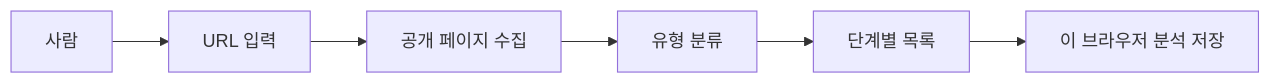
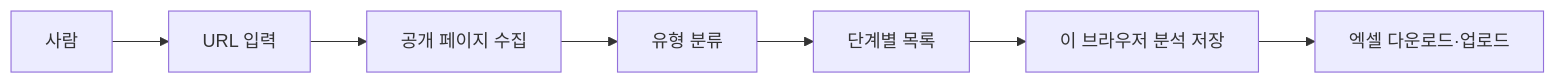
One commit to hojinyunconcentrix/site-audit changed the diagram in docs/architecture.md. Above: the diagram before and after it, drawn with Mermaid. The commit also changed other lines of this file and 9 other files, not shown here.

````diff
--- a/docs/architecture.md
+++ b/docs/architecture.md
@@ -5,8 +5,9 @@
 ```mermaid
 flowchart LR
   사람[사람] --> 입력[URL 입력]
   입력 --> 수집[공개 페이지 수집]
   수집 --> 분류[유형 분류]
   분류 --> 목록[단계별 목록]
   목록 --> 최근[이 브라우저 분석 저장]
+  최근 --> 엑셀[엑셀 다운로드·업로드]
 ```
````
